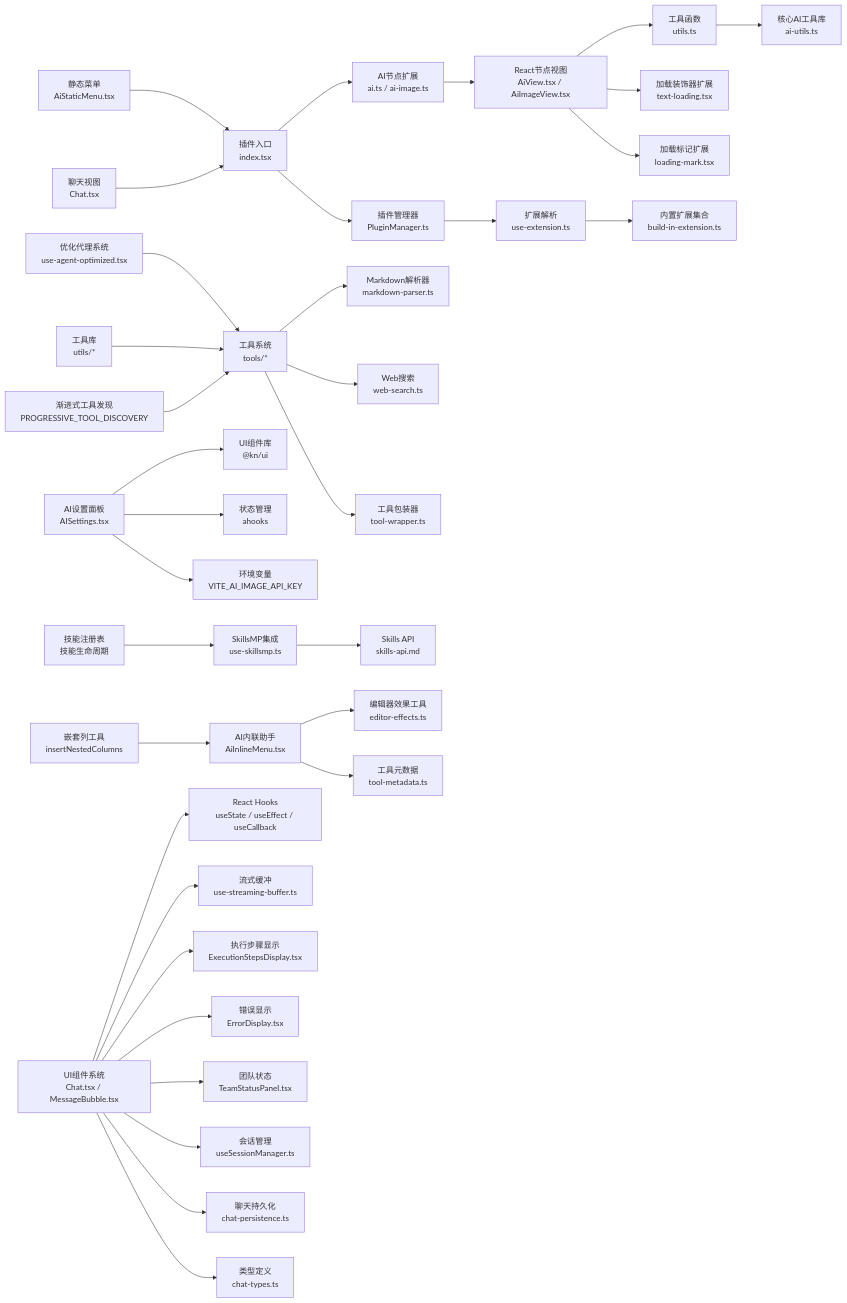
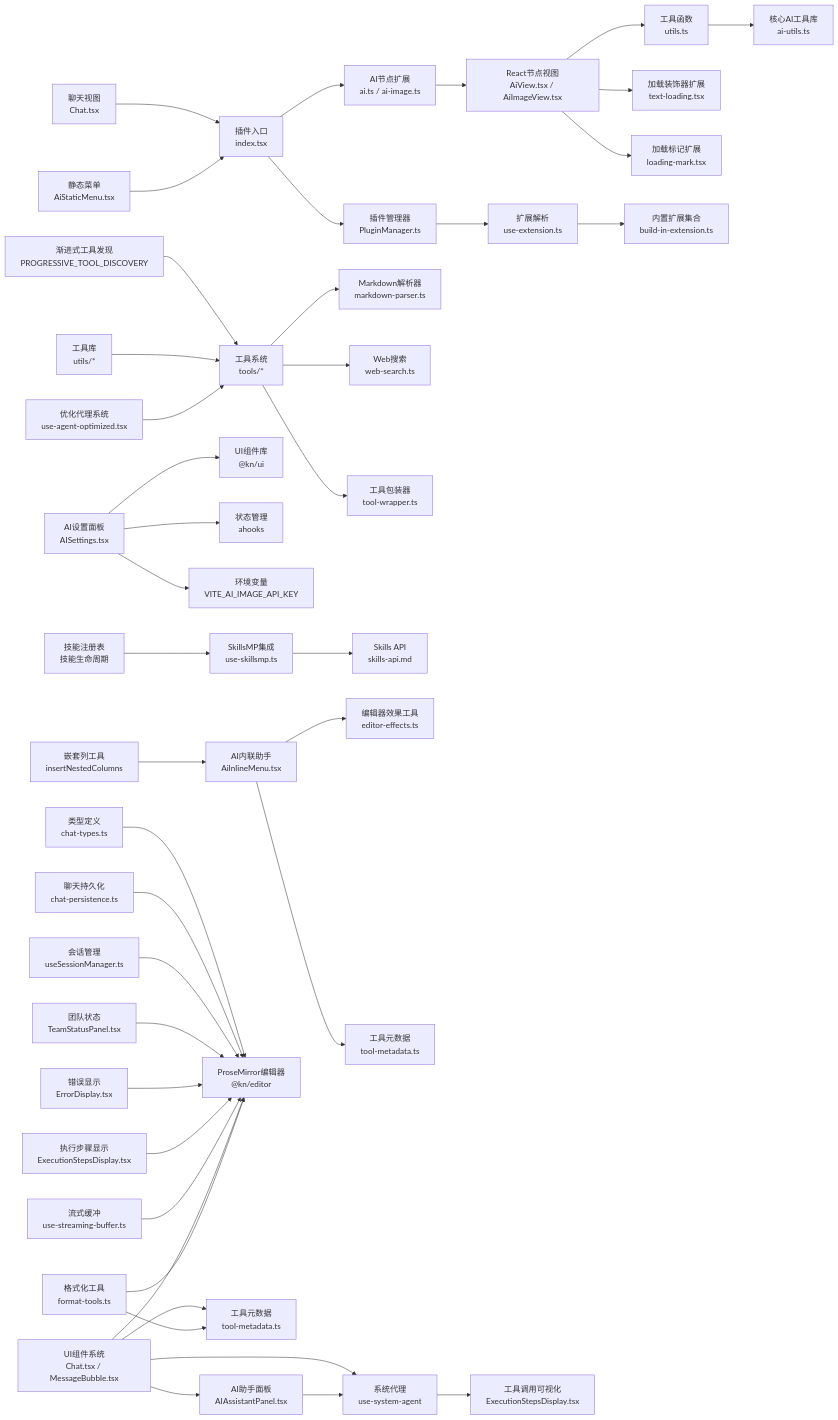
Before and after one commit to LRF0422/Kotion: diagram 12 of 12 in .qoder/repowiki/zh/content/功能模块/AI插件/AI插件.md, drawn with Mermaid. The commit also changed other lines of this file and 22 other files, not shown here.

````diff
--- a/.qoder/repowiki/zh/content/功能模块/AI插件/AI插件.md
+++ b/.qoder/repowiki/zh/content/功能模块/AI插件/AI插件.md
@@ -1150,36 +1285,43 @@
 ```mermaid
 graph LR
 A["插件入口<br/>index.tsx"] --> B["AI节点扩展<br/>ai.ts / ai-image.ts"]
 B --> C["React节点视图<br/>AiView.tsx / AiImageView.tsx"]
 C --> D["工具函数<br/>utils.ts"]
 D --> E["核心AI工具库<br/>ai-utils.ts"]
 C --> F["加载装饰器扩展<br/>text-loading.tsx"]
 C --> G["加载标记扩展<br/>loading-mark.tsx"]
 A --> H["插件管理器<br/>PluginManager.ts"]
 H --> I["扩展解析<br/>use-extension.ts"]
 I --> J["内置扩展集合<br/>build-in-extension.ts"]
 K["静态菜单<br/>AiStaticMenu.tsx"] --> A
 L["聊天视图<br/>Chat.tsx"] --> A
 M["优化代理系统<br/>use-agent-optimized.tsx"] --> N["工具系统<br/>tools/*"]
 N --> O["Markdown解析器<br/>markdown-parser.ts"]
 N --> P["Web搜索<br/>web-search.ts"]
 N --> Q["工具包装器<br/>tool-wrapper.ts"]
 R["工具库<br/>utils/*"] --> N
 S["AI设置面板<br/>AISettings.tsx"] --> T["UI组件库<br/>@kn/ui"]
 S --> U["状态管理<br/>ahooks"]
 S --> V["环境变量<br/>VITE_AI_IMAGE_API_KEY"]
 W["SkillsMP集成<br/>use-skillsmp.ts"] --> X["Skills API<br/>skills-api.md"]
 Y["技能注册表<br/>技能生命周期"] --> W
 Z["渐进式工具发现<br/>PROGRESSIVE_TOOL_DISCOVERY"] --> N
 AA["AI内联助手<br/>AiInlineMenu.tsx"] --> BB["编辑器效果工具<br/>editor-effects.ts"]
 AA --> CC["工具元数据<br/>tool-metadata.ts"]
 DD["嵌套列工具<br/>insertNestedColumns"] --> AA
-EE["UI组件系统<br/>Chat.tsx / MessageBubble.tsx"] --> FF["React Hooks<br/>useState / useEffect / useCallback"]
-EE --> GG["流式缓冲<br/>use-streaming-buffer.ts"]
-EE --> HH["执行步骤显示<br/>ExecutionStepsDisplay.tsx"]
-EE --> II["错误显示<br/>ErrorDisplay.tsx"]
-EE --> JJ["团队状态<br/>TeamStatusPanel.tsx"]
-EE --> KK["会话管理<br/>useSessionManager.ts"]
-EE --> LL["聊天持久化<br/>chat-persistence.ts"]
-EE --> MM["类型定义<br/>chat-types.ts"]
+EE["格式化工具<br/>format-tools.ts"] --> FF["ProseMirror编辑器<br/>@kn/editor"]
+EE --> GG["工具元数据<br/>tool-metadata.ts"]
+HH["AI助手面板<br/>AIAssistantPanel.tsx"] --> II["系统代理<br/>use-system-agent"]
+II --> JJ["工具调用可视化<br/>ExecutionStepsDisplay.tsx"]
+KK["UI组件系统<br/>Chat.tsx / MessageBubble.tsx"] --> FF
+KK --> GG
+KK --> HH
+KK --> II
+LL["流式缓冲<br/>use-streaming-buffer.ts"] --> FF
+MM["执行步骤显示<br/>ExecutionStepsDisplay.tsx"] --> FF
+NN["错误显示<br/>ErrorDisplay.tsx"] --> FF
+OO["团队状态<br/>TeamStatusPanel.tsx"] --> FF
+PP["会话管理<br/>useSessionManager.ts"] --> FF
+QQ["聊天持久化<br/>chat-persistence.ts"] --> FF
+RR["类型定义<br/>chat-types.ts"] --> FF
 ```
````
